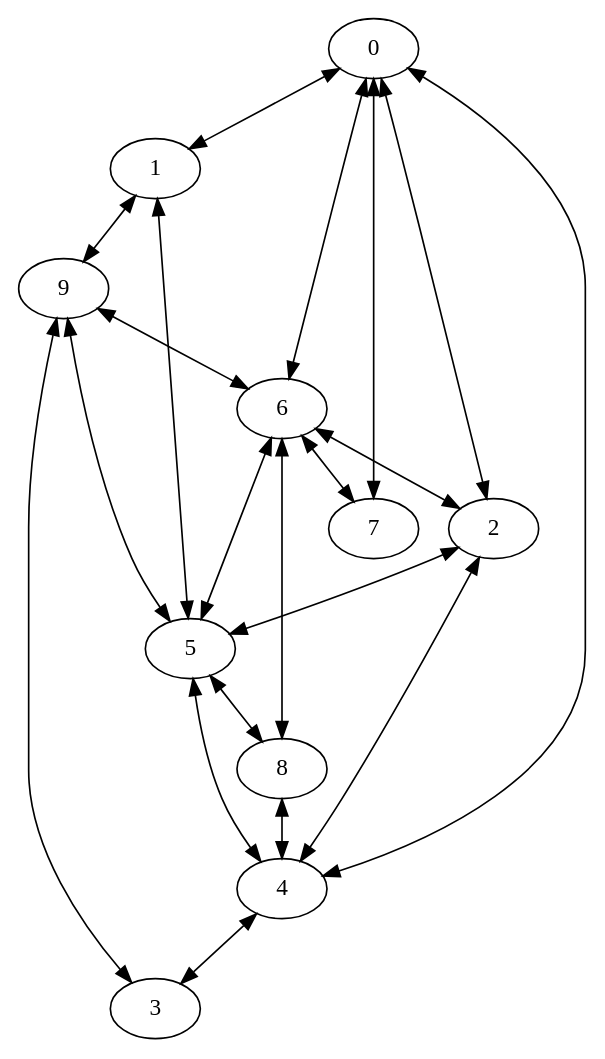
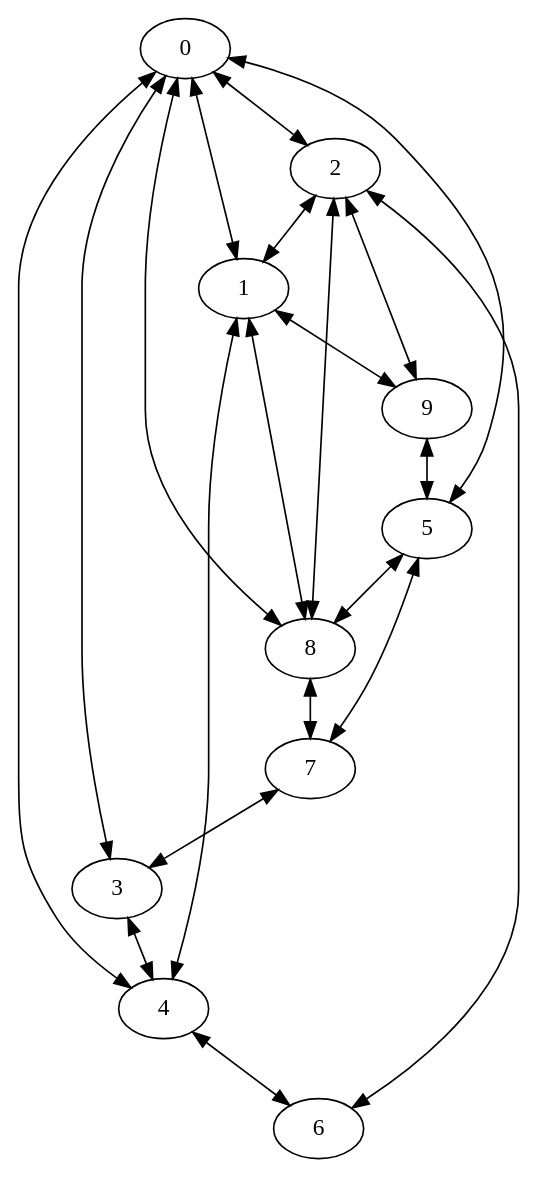
One commit to JacobStadler/city changed the diagram in Cities.gv. Above: the diagram before and after it, drawn with Graphviz. The commit also changed 2 other files, not shown here.

```diff
--- a/Cities.gv
+++ b/Cities.gv
@@ -1,32 +1,32 @@
 digraph Cities {
 	0 [label=0]
 	1 [label=1]
 	2 [label=2]
 	3 [label=3]
 	4 [label=4]
 	5 [label=5]
 	6 [label=6]
 	7 [label=7]
 	8 [label=8]
 	9 [label=9]
-	2 -> 0 [dir=both]
-	4 -> 0 [dir=both]
-	5 -> 1 [dir=both]
-	0 -> 1 [dir=both]
-	4 -> 2 [dir=both]
-	6 -> 2 [dir=both]
-	9 -> 3 [dir=both]
-	4 -> 3 [dir=both]
-	5 -> 4 [dir=both]
-	8 -> 4 [dir=both]
-	6 -> 5 [dir=both]
-	2 -> 5 [dir=both]
-	0 -> 6 [dir=both]
-	9 -> 6 [dir=both]
-	6 -> 7 [dir=both]
-	0 -> 7 [dir=both]
+	8 -> 0 [dir=both]
+	1 -> 0 [dir=both]
+	4 -> 1 [dir=both]
+	2 -> 1 [dir=both]
+	0 -> 2 [dir=both]
+	8 -> 2 [dir=both]
+	7 -> 3 [dir=both]
+	0 -> 3 [dir=both]
+	3 -> 4 [dir=both]
+	0 -> 4 [dir=both]
+	9 -> 5 [dir=both]
+	0 -> 5 [dir=both]
+	2 -> 6 [dir=both]
+	4 -> 6 [dir=both]
+	5 -> 7 [dir=both]
+	8 -> 7 [dir=both]
 	5 -> 8 [dir=both]
-	6 -> 8 [dir=both]
-	5 -> 9 [dir=both]
+	1 -> 8 [dir=both]
 	1 -> 9 [dir=both]
+	2 -> 9 [dir=both]
 }
```
